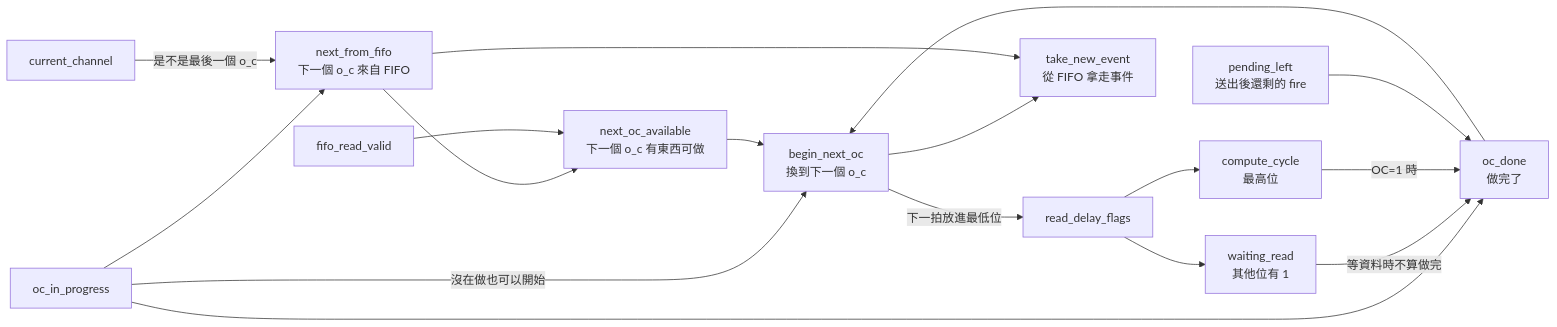
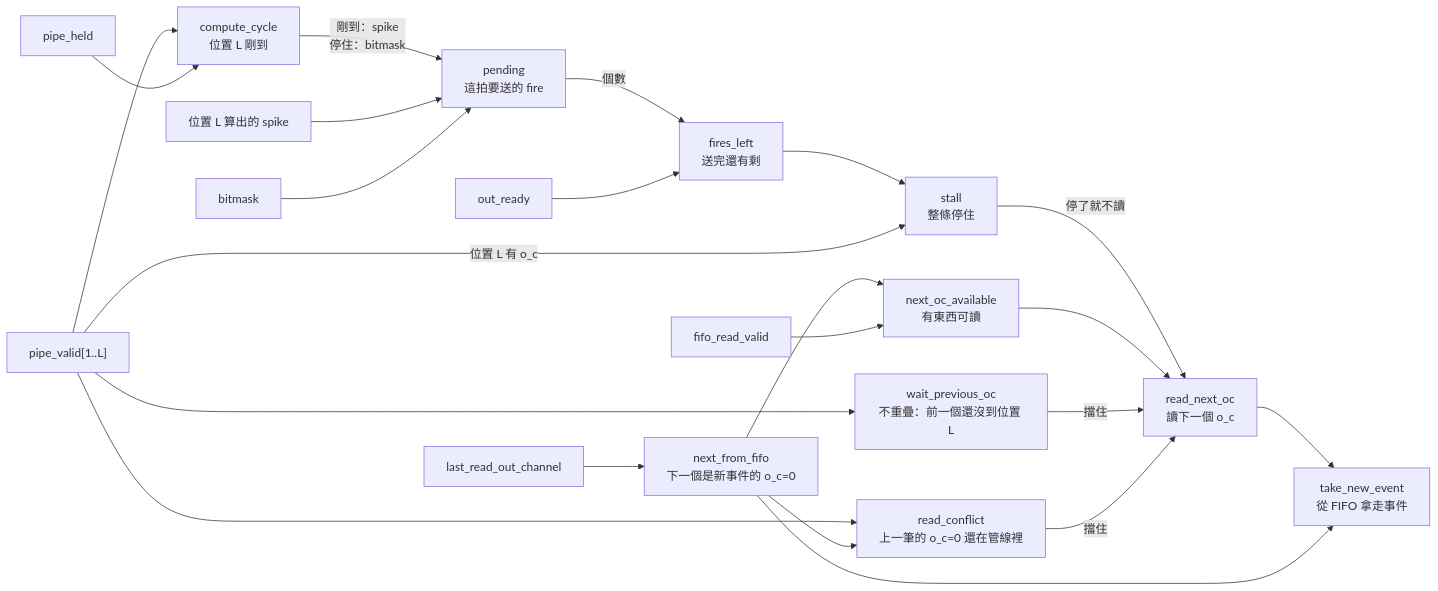
The diagram in docs/SNN/Concept/Layer-RTL/Conv-image/SaltConvControl.md (Salt-Shio/SALT-FPGA), drawn with Mermaid before and after one commit. The commit also changed other lines of this file and 6 other files, not shown here.

````diff
--- a/docs/SNN/Concept/Layer-RTL/Conv-image/SaltConvControl.md
+++ b/docs/SNN/Concept/Layer-RTL/Conv-image/SaltConvControl.md
@@ -56,35 +33,45 @@
 ```mermaid
 flowchart LR
-    OIP["oc_in_progress"]
-    RDF["read_delay_flags"]
-    CUR["current_channel"]
+    PV["pipe_valid[1..L]"]
+    HELD["pipe_held"]
+    BM["bitmask"]
+    LAST["last_read_out_channel"]
     FV["fifo_read_valid"]
-    LEFT["pending_left<br/>送出後還剩的 fire"]
+    SPIKE["位置 L 算出的 spike"]
+    READY["out_ready"]
 
-    CC["compute_cycle<br/>最高位"]
-    WAIT["waiting_read<br/>其他位有 1"]
-    NFF["next_from_fifo<br/>下一個 o_c 來自 FIFO"]
-    NOA["next_oc_available<br/>下一個 o_c 有東西可做"]
-    DONE["oc_done<br/>做完了"]
-    BEGIN["begin_next_oc<br/>換到下一個 o_c"]
+    CC["compute_cycle<br/>位置 L 剛到"]
+    PEND["pending<br/>這拍要送的 fire"]
+    LEFT["fires_left<br/>送完還有剩"]
+    STALL["stall<br/>整條停住"]
+    NFF["next_from_fifo<br/>下一個是新事件的 o_c=0"]
+    NOA["next_oc_available<br/>有東西可讀"]
+    WAIT["wait_previous_oc<br/>不重疊：前一個還沒到位置 L"]
+    CONF["read_conflict<br/>上一筆的 o_c=0 還在管線裡"]
+    READ["read_next_oc<br/>讀下一個 o_c"]
     TAKE["take_new_event<br/>從 FIFO 拿走事件"]
 
-    RDF --> CC
-    RDF --> WAIT
-    OIP --> NFF
-    CUR -->|"是不是最後一個 o_c"| NFF
+    PV --> CC
+    HELD --> CC
+    CC -->|"剛到：spike<br/>停住：bitmask"| PEND
+    SPIKE --> PEND
+    BM --> PEND
+    PEND -->|"個數"| LEFT
+    READY --> LEFT
+    LEFT --> STALL
+    PV -->|"位置 L 有 o_c"| STALL
+
+    LAST --> NFF
     NFF --> NOA
     FV --> NOA
+    PV --> WAIT
+    PV --> CONF
+    NFF --> CONF
 
-    OIP --> DONE
-    WAIT -->|"等資料時不算做完"| DONE
-    CC -->|"OC=1 時"| DONE
-    LEFT --> DONE
-
-    DONE --> BEGIN
-    OIP -->|"沒在做也可以開始"| BEGIN
-    NOA --> BEGIN
-    BEGIN --> TAKE
+    STALL -->|"停了就不讀"| READ
+    NOA --> READ
+    WAIT -->|"擋住"| READ
+    CONF -->|"擋住"| READ
+    READ --> TAKE
     NFF --> TAKE
-    BEGIN -->|"下一拍放進最低位"| RDF
 ```
````
